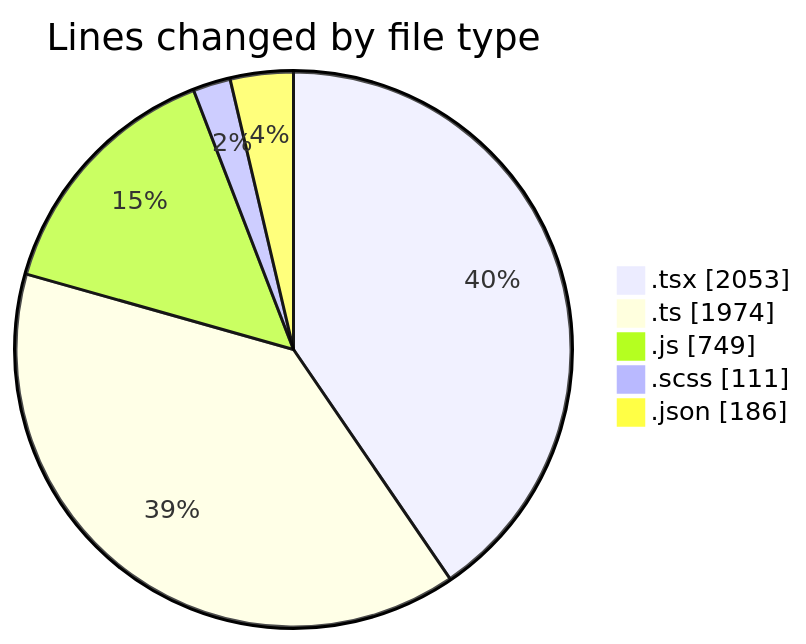
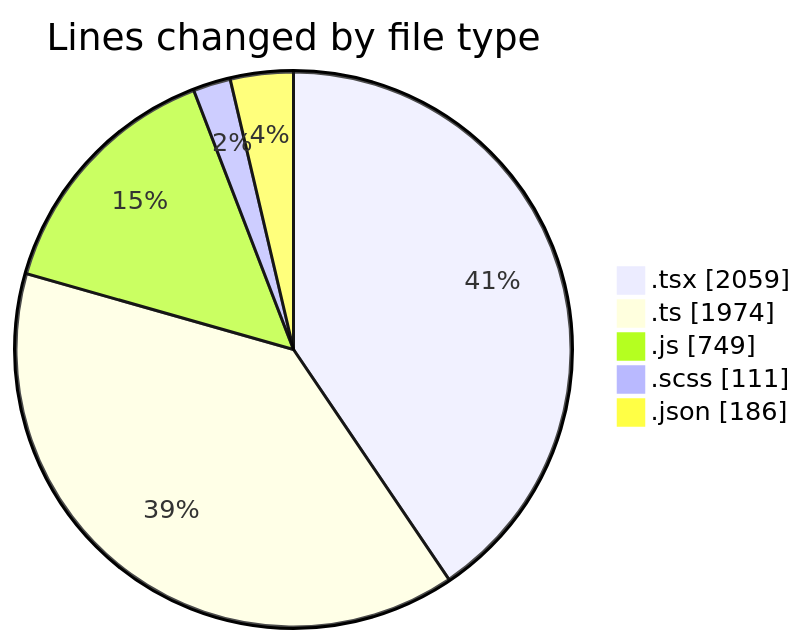
One commit to momahboobian/code-tracking changed the first of 2 diagrams in 2026-06-11/cda/README.md. Above: the diagram before and after it, drawn with Mermaid. The commit also changed other lines of this file and 1 other file, not shown here.

````diff
--- a/2026-06-11/cda/README.md
+++ b/2026-06-11/cda/README.md
@@ -53,9 +53,9 @@
 ```mermaid
 pie showData
 title Lines changed by file type
-".tsx" : 2053
+".tsx" : 2059
 ".ts" : 1974
 ".js" : 749
 ".scss" : 111
 ".json" : 186
 ```
````
